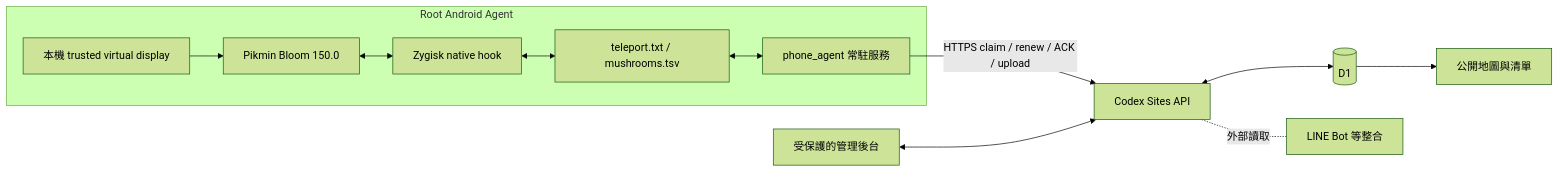
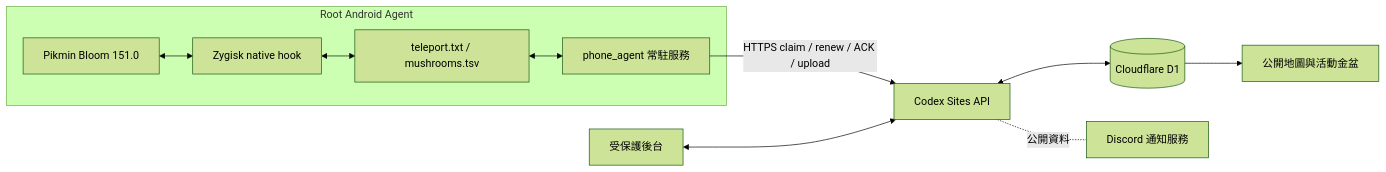
One commit to bittieshsu/pikmin-mush changed the diagram in README.md. Above: the diagram before and after it, drawn with Mermaid (forest theme). The commit also changed other lines of this file, not shown here.

Commit message:
docs: refresh README for current fleet architecture

````diff
--- a/README.md
+++ b/README.md
@@ -85,21 +61,13 @@
 ```mermaid
 flowchart LR
-    subgraph Android[Root Android Agent]
-        Game[Pikmin Bloom 150.0]
-        Hook[Zygisk native hook]
-        Files[teleport.txt / mushrooms.tsv]
-        Agent[phone_agent 常駐服務]
-        Display[本機 trusted virtual display]
-
-        Game <--> Hook
-        Hook <--> Files
-        Files <--> Agent
-        Display --> Game
-    end
-
-    Agent -->|HTTPS claim / renew / ACK / upload| API[Codex Sites API]
-    API <--> D1[(D1)]
-    D1 --> Map[公開地圖與清單]
-    Admin[受保護的管理後台] <--> API
-    API -.外部讀取.- Bot[LINE Bot 等整合]
+  subgraph Android[Root Android Agent]
+    Game[Pikmin Bloom 151.0] <--> Hook[Zygisk native hook]
+    Hook <--> Files[teleport.txt / mushrooms.tsv]
+    Files <--> Agent[phone_agent 常駐服務]
+  end
+  Agent -->|HTTPS claim / renew / ACK / upload| API[Codex Sites API]
+  API <--> D1[(Cloudflare D1)]
+  D1 --> Public[公開地圖與活動金盆]
+  Admin[受保護後台] <--> API
+  API -.公開資料.- Discord[Discord 通知服務]
 ```
````
